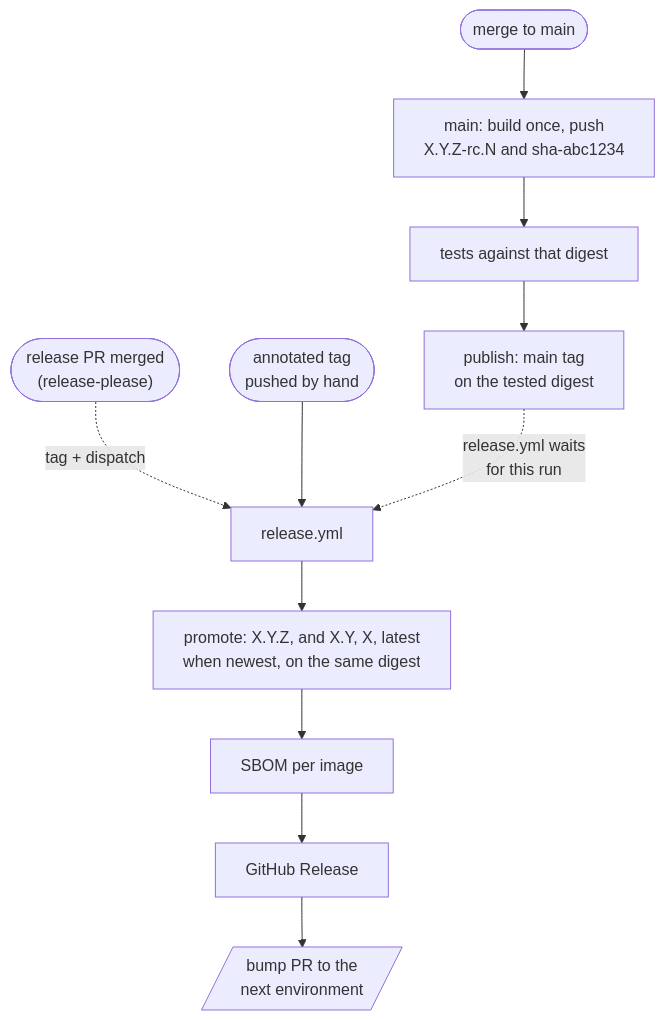
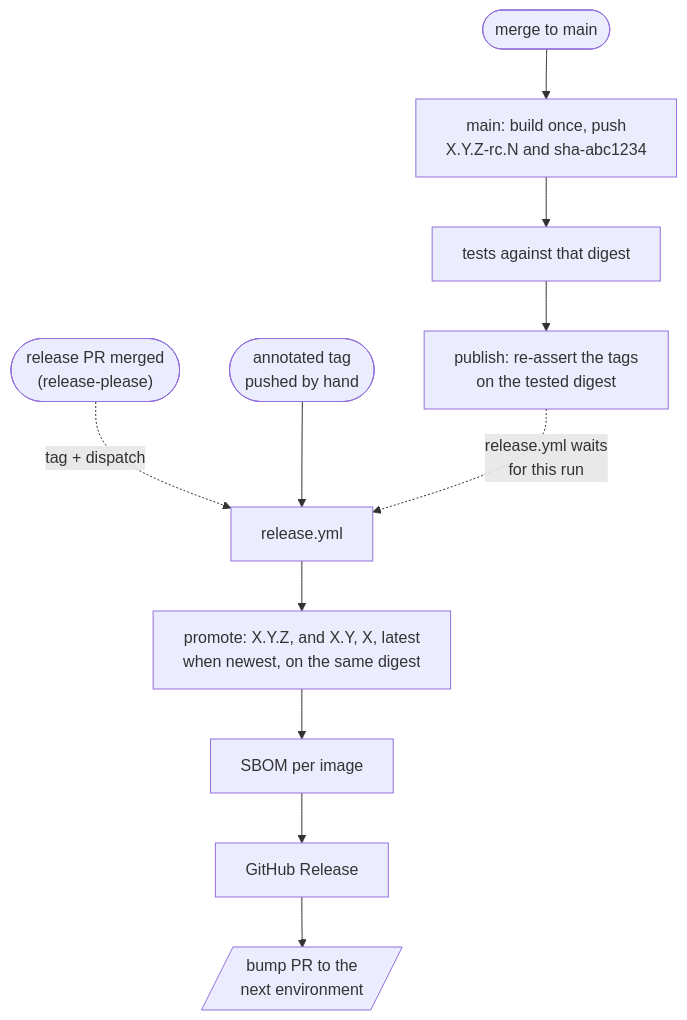
Before and after one commit to crazymatthsu/github-demo: the diagram in .claude/skills/gha-versioning-release/references/release-flow.md, drawn with Mermaid. The commit also changed other lines of this file and 6 other files, not shown here.

````diff
--- a/.claude/skills/gha-versioning-release/references/release-flow.md
+++ b/.claude/skills/gha-versioning-release/references/release-flow.md
@@ -12,14 +12,14 @@
 ```mermaid
 %%{init: {"flowchart": {"wrappingWidth": 320}}}%%
 flowchart TD
   M(["merge to main"]) --> B["main: build once, push<br/>X.Y.Z-rc.N and sha-abc1234"]
   B --> T["tests against that digest"]
-  T --> P["publish: main tag<br/>on the tested digest"]
+  T --> P["publish: re-assert the tags<br/>on the tested digest"]
   RP(["release PR merged<br/>(release-please)"]) -.->|"tag + dispatch"| R
   H(["annotated tag<br/>pushed by hand"]) --> R["release.yml"]
   P -.->|"release.yml waits<br/>for this run"| R
   R --> PR2["promote: X.Y.Z, and X.Y, X, latest<br/>when newest, on the same digest"]
   PR2 --> S["SBOM per image"]
   S --> G["GitHub Release"]
   G --> BP[/"bump PR to the<br/>next environment"/]
 ```
````
